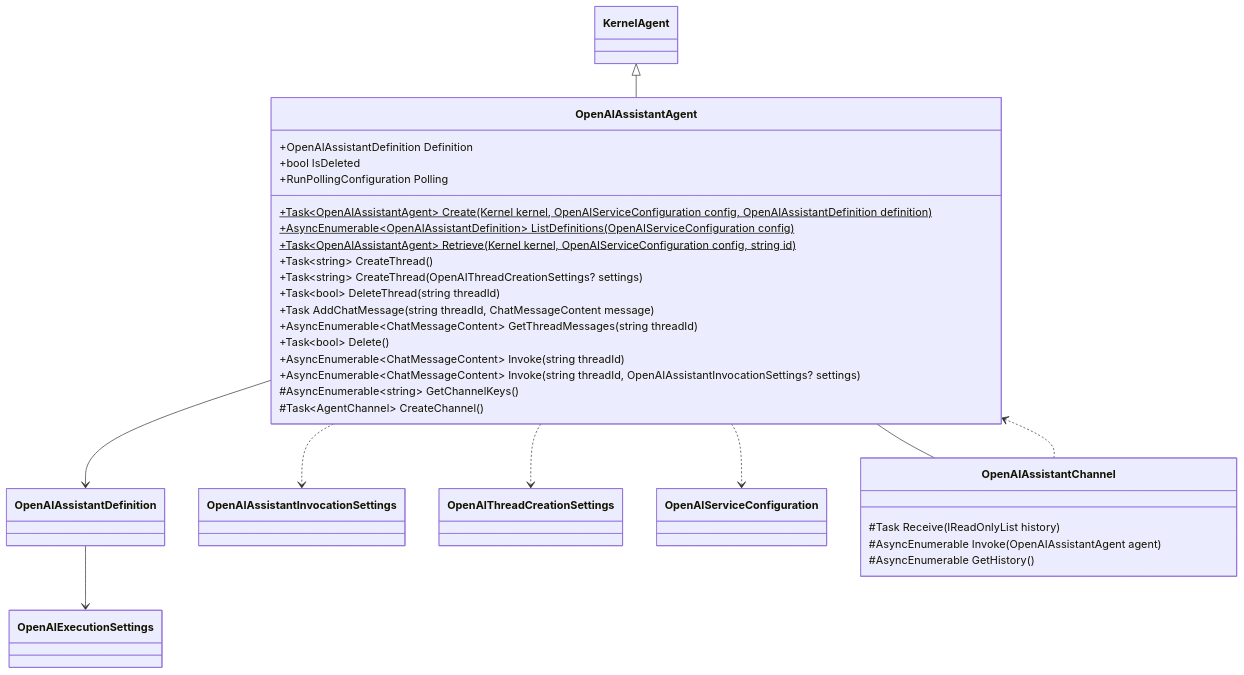
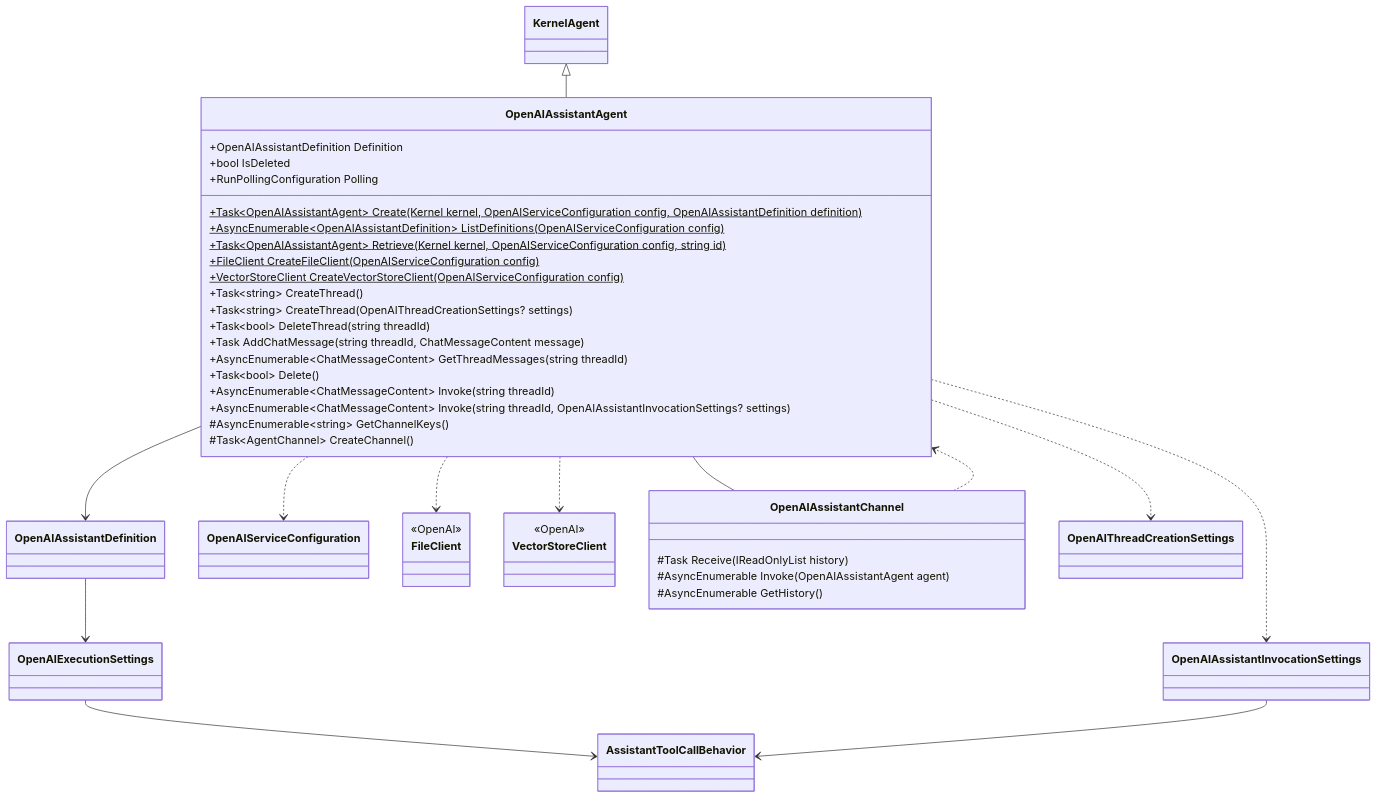
One commit to microsoft/semantic-kernel changed the diagram in docs/decisions/diagrams/assistant-agent.mmd. Above: the diagram before and after it, drawn with Mermaid. The commit also changed 6 other files, not shown here.

Commit message:
Add ToolCallBehavior

```diff
--- a/docs/decisions/diagrams/assistant-agent.mmd
+++ b/docs/decisions/diagrams/assistant-agent.mmd
@@ -1,41 +1,55 @@
 classDiagram
 
     KernelAgent
     OpenAIAssistantDefinition
     OpenAIAssistantDefinition --> OpenAIExecutionSettings
     OpenAIExecutionSettings
+    OpenAIExecutionSettings --> AssistantToolCallBehavior
     OpenAIServiceConfiguration
     OpenAIAssistantInvocationSettings
+    OpenAIAssistantInvocationSettings --> AssistantToolCallBehavior
     OpenAIThreadCreationSettings
 
     KernelAgent <|-- OpenAIAssistantAgent
+    OpenAIAssistantAgent ..> OpenAIServiceConfiguration
+    OpenAIAssistantAgent ..> FileClient
+    OpenAIAssistantAgent ..> VectorStoreClient
+    OpenAIAssistantAgent -- OpenAIAssistantChannel
     OpenAIAssistantAgent --> OpenAIAssistantDefinition
     OpenAIAssistantAgent ..> OpenAIAssistantInvocationSettings
     OpenAIAssistantAgent ..> OpenAIThreadCreationSettings
-    OpenAIAssistantAgent ..> OpenAIServiceConfiguration
-    OpenAIAssistantAgent -- OpenAIAssistantChannel
     class OpenAIAssistantAgent {
         +OpenAIAssistantDefinition Definition
         +bool IsDeleted
         +RunPollingConfiguration Polling
         +Task~OpenAIAssistantAgent~ Create(Kernel kernel, OpenAIServiceConfiguration config, OpenAIAssistantDefinition definition)$
         +AsyncEnumerable~OpenAIAssistantDefinition~ ListDefinitions(OpenAIServiceConfiguration config)$
         +Task~OpenAIAssistantAgent~ Retrieve(Kernel kernel, OpenAIServiceConfiguration config, string id)$
+        +FileClient CreateFileClient(OpenAIServiceConfiguration config)$
+        +VectorStoreClient CreateVectorStoreClient(OpenAIServiceConfiguration config)$
         +Task~string~ CreateThread()
         +Task~string~ CreateThread(OpenAIThreadCreationSettings? settings)
         +Task~bool~ DeleteThread(string threadId)
         +Task AddChatMessage(string threadId, ChatMessageContent message)
         +AsyncEnumerable~ChatMessageContent~ GetThreadMessages(string threadId)
         +Task~bool~ Delete()
         +AsyncEnumerable~ChatMessageContent~ Invoke(string threadId)
         +AsyncEnumerable~ChatMessageContent~ Invoke(string threadId, OpenAIAssistantInvocationSettings? settings)
         #AsyncEnumerable~string~ GetChannelKeys()
         #Task~AgentChannel~ CreateChannel()
     }
 
     OpenAIAssistantChannel ..> OpenAIAssistantAgent
     class OpenAIAssistantChannel {
         #Task Receive(IReadOnlyList<ChatMessageContent> history)
         #AsyncEnumerable<ChatMessageContent> Invoke(OpenAIAssistantAgent agent)
         #AsyncEnumerable<ChatMessageContent> GetHistory()
     }
+
+    class FileClient {
+        <<OpenAI>>
+    }
+
+    class VectorStoreClient {
+        <<OpenAI>>
+    }
```
